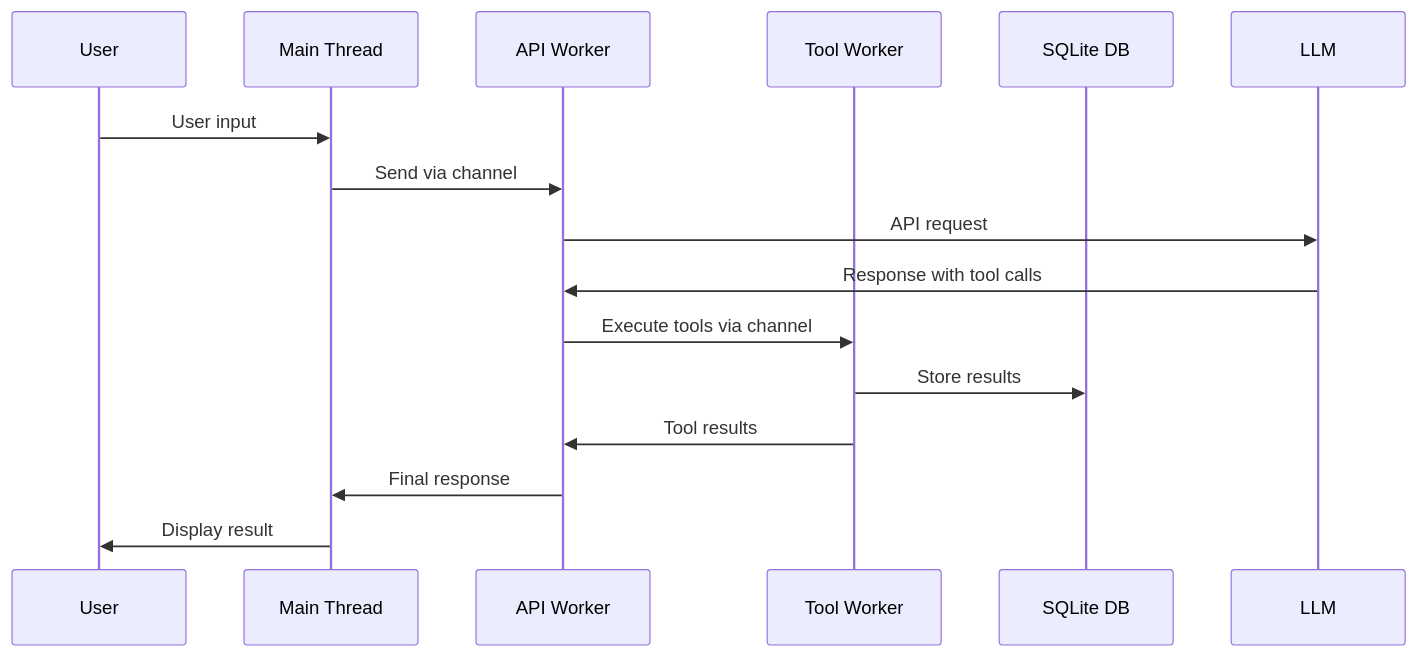
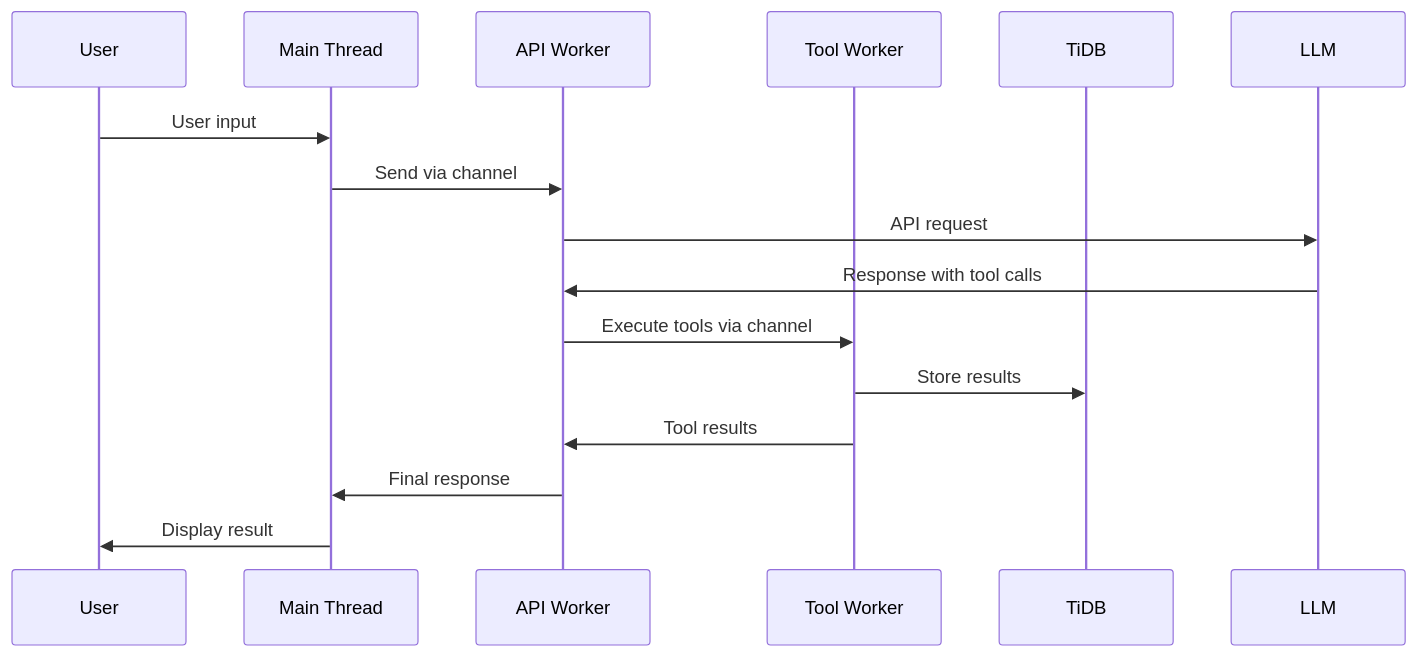
One commit to gokr/niffler changed the second of 3 diagrams in doc/ARCHITECTURE.md. Above: the diagram before and after it, drawn with Mermaid. The commit also changed other lines of this file and 2 other files, not shown here.

First line of the commit message:
docs: Update architecture documentation to reflect TiDB-only backend

````diff
--- a/doc/ARCHITECTURE.md
+++ b/doc/ARCHITECTURE.md
@@ -40,18 +40,18 @@
 ```mermaid
 sequenceDiagram
     participant User
     participant CLI as Main Thread
     participant API as API Worker
     participant Tools as Tool Worker
-    participant DB as SQLite DB
+    participant DB as TiDB
 
     User->>CLI: User input
     CLI->>API: Send via channel
     API->>LLM: API request
     LLM->>API: Response with tool calls
     API->>Tools: Execute tools via channel
     Tools->>DB: Store results
     Tools->>API: Tool results
     API->>CLI: Final response
     CLI->>User: Display result
 ```
````
